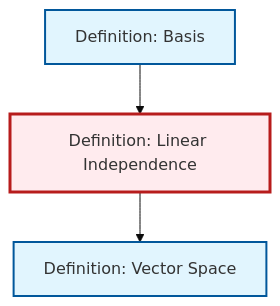
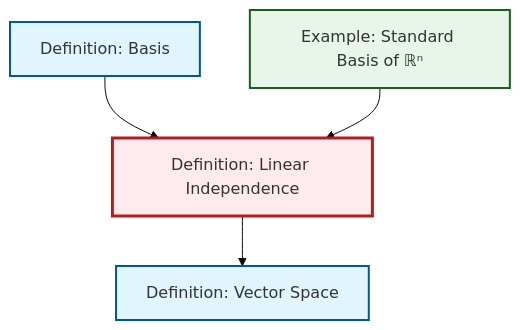
The diagram in content/en/algebra/def-linear-independence.qmd (RK0429/ModernMath), drawn with Mermaid (base theme) before and after one commit. The commit also changed other lines of this file and 203 other files, not shown here.

````diff
--- a/content/en/algebra/def-linear-independence.qmd
+++ b/content/en/algebra/def-linear-independence.qmd
@@ -45,18 +45,17 @@
 ```{mermaid}
 %%| fig-cap: "Local dependency graph"
 graph TD
     classDef definition fill:#e1f5fe,stroke:#01579b,stroke-width:2px
     classDef theorem fill:#f3e5f5,stroke:#4a148c,stroke-width:2px
     classDef axiom fill:#fff3e0,stroke:#e65100,stroke-width:2px
     classDef example fill:#e8f5e9,stroke:#1b5e20,stroke-width:2px
     classDef current fill:#ffebee,stroke:#b71c1c,stroke-width:3px
     def-linear-independence["Definition: Linear Independence"]:::definition
+    ex-standard-basis-rn["Example: Standard Basis of ℝⁿ"]:::example
     def-vector-space["Definition: Vector Space"]:::definition
     def-basis["Definition: Basis"]:::definition
     def-linear-independence --> def-vector-space
     def-basis --> def-linear-independence
+    ex-standard-basis-rn --> def-linear-independence
     class def-linear-independence current
-
-    click def-vector-space "def-vector-space.html" "Go to Vector Space definition"
-    click def-basis "def-basis.html" "Go to Basis definition"
 ```
````
